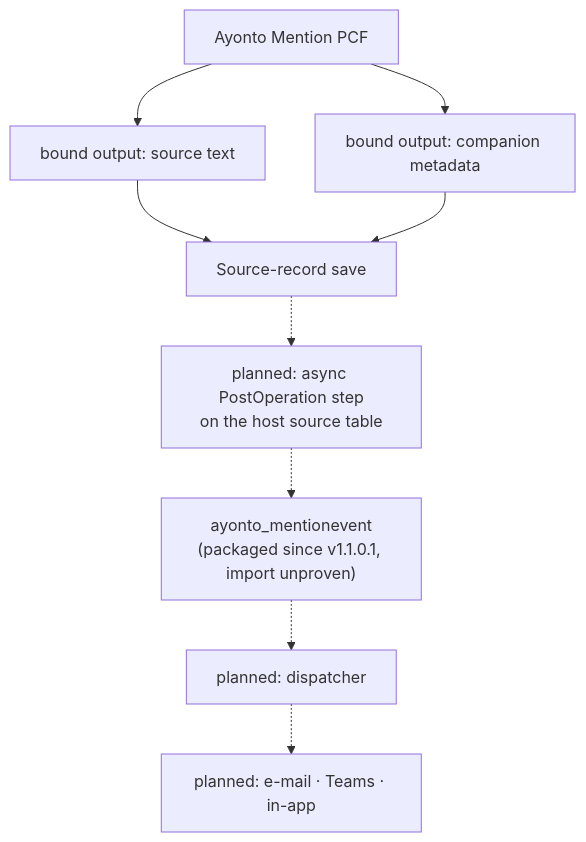
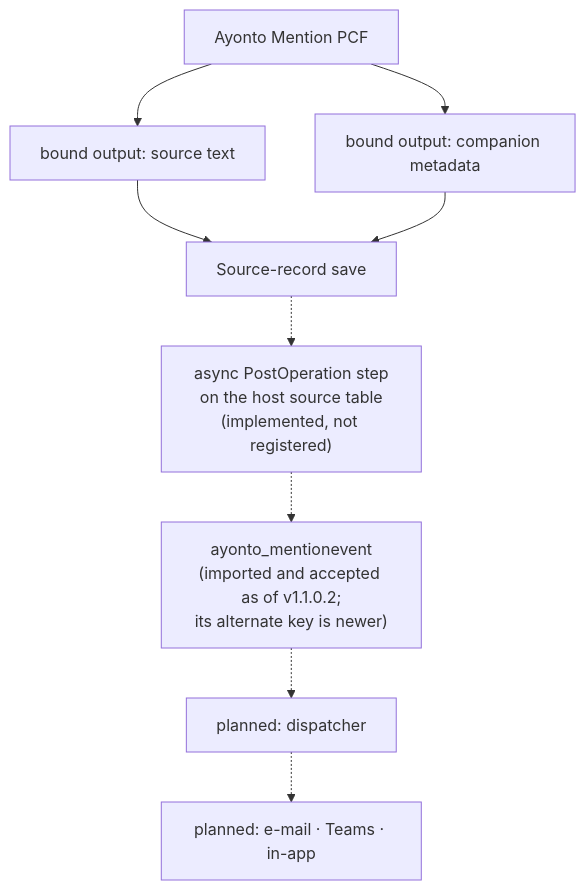
One commit to Ayonto-Digital-Solutions/ayonto-mention changed the diagram in docs/server-architecture.md. Above: the diagram before and after it, drawn with Mermaid. The commit also changed other lines of this file and 63 other files, not shown here.

````diff
--- a/docs/server-architecture.md
+++ b/docs/server-architecture.md
@@ -455,11 +486,11 @@
 ```mermaid
 flowchart TD
     pcf["Ayonto Mention PCF"] --> text["bound output: source text"]
     pcf --> meta["bound output: companion metadata"]
     text --> save["Source-record save"]
     meta --> save
-    save -.-> step["planned: async PostOperation step<br/>on the host source table"]
-    step -.-> ledger["ayonto_mentionevent<br/>(packaged since v1.1.0.1, import unproven)"]
+    save -.-> step["async PostOperation step<br/>on the host source table<br/>(implemented, not registered)"]
+    step -.-> ledger["ayonto_mentionevent<br/>(imported and accepted as of v1.1.0.2;<br/>its alternate key is newer)"]
     ledger -.-> dispatcher["planned: dispatcher"]
     dispatcher -.-> channels["planned: e-mail · Teams · in-app"]
 ```
````
